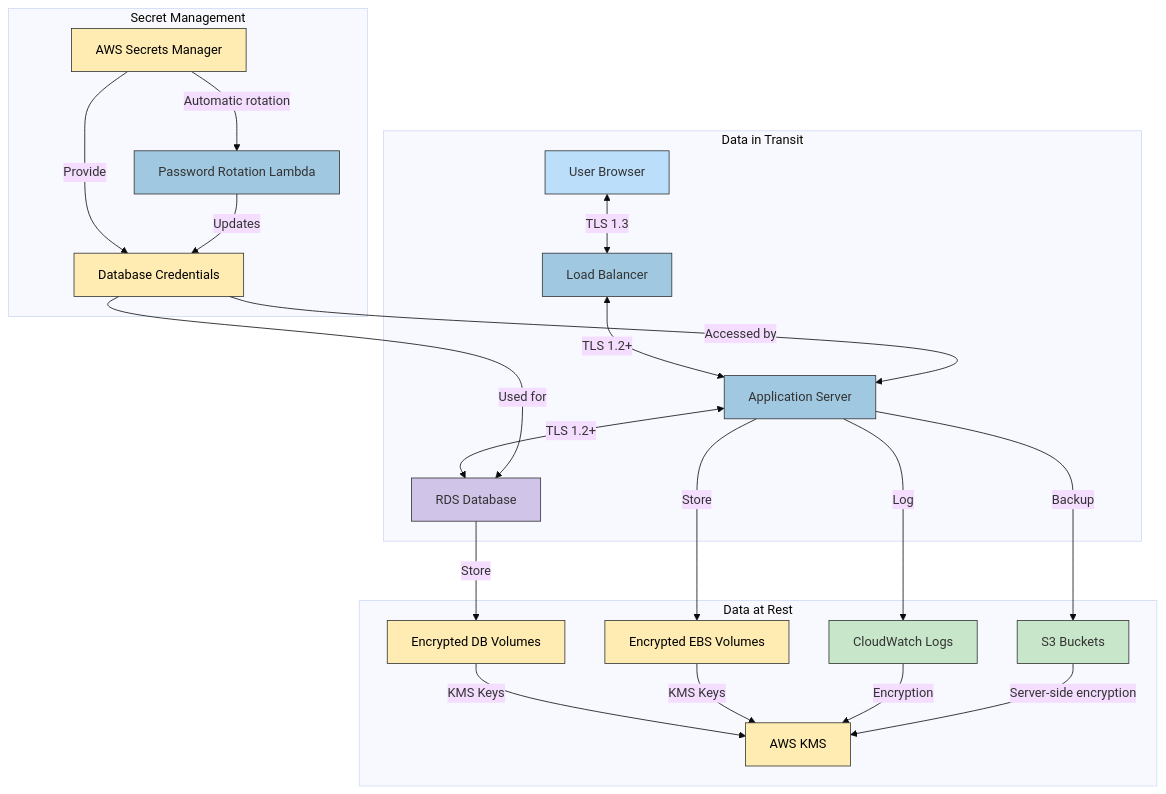
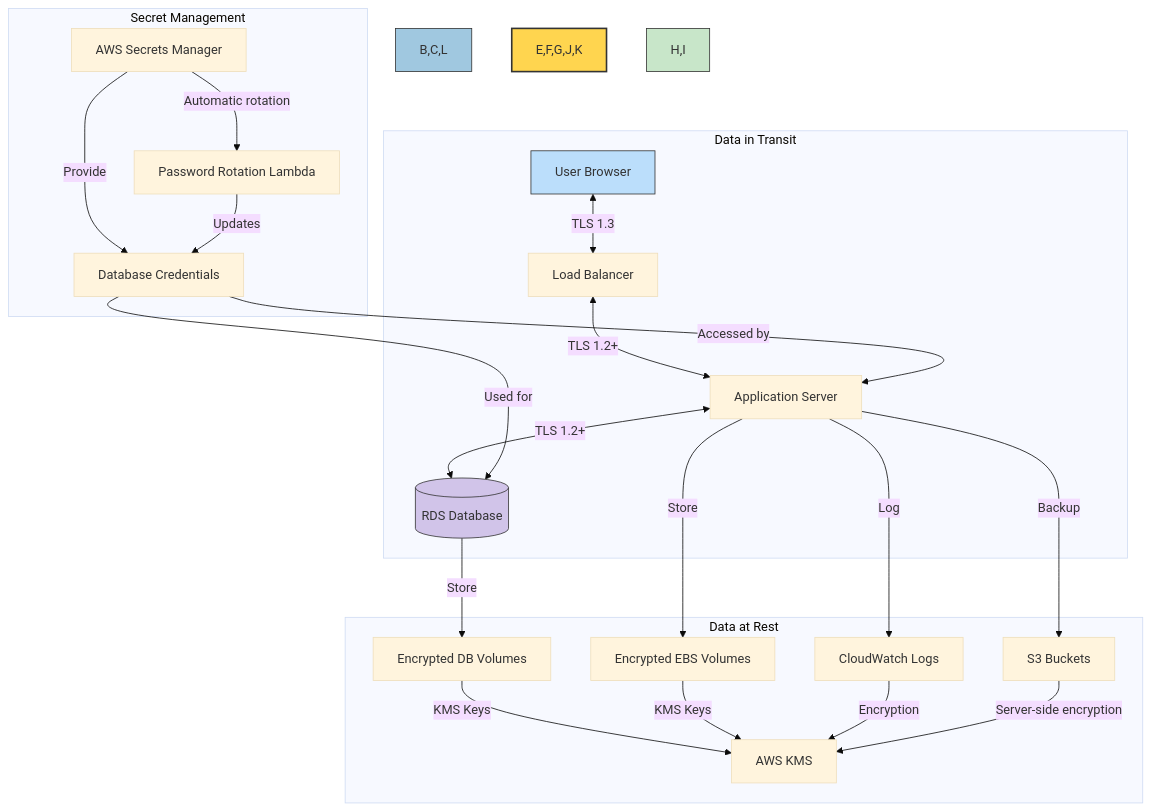
Before and after one commit to Hack23/cia: the sixth of 12 diagrams in SECURITY_ARCHITECTURE.md, drawn with Mermaid (base theme). The commit also changed other lines of this file, not shown here.

````diff
--- a/SECURITY_ARCHITECTURE.md
+++ b/SECURITY_ARCHITECTURE.md
@@ -421,43 +601,37 @@
 ```mermaid
 flowchart TD
-    classDef user fill:#bbdefb,stroke:#333,stroke-width:1px
-    classDef network fill:#a0c8e0,stroke:#333,stroke-width:1px
-    classDef database fill:#d1c4e9,stroke:#333,stroke-width:1px
-    classDef security fill:#ffecb3,stroke:#333,stroke-width:1px,color:black
-    classDef storage fill:#c8e6c9,stroke:#333,stroke-width:1px
-    
     subgraph "Data in Transit"
         A[User Browser] <-->|TLS 1.3| B[Load Balancer]
         B <-->|TLS 1.2+| C[Application Server]
-        C <-->|TLS 1.2+| D[RDS Database]
+        C <-->|TLS 1.2+| D[(RDS Database)]
     end
     
     subgraph "Data at Rest"
         D -->|Store| E[Encrypted DB Volumes]
         E -->|KMS Keys| F[AWS KMS]
         
         C -->|Store| G[Encrypted EBS Volumes]
         G -->|KMS Keys| F
         
         C -->|Log| H[CloudWatch Logs]
         H -->|Encryption| F
         
         C -->|Backup| I[S3 Buckets]
         I -->|Server-side encryption| F
     end
     
     subgraph "Secret Management"
         J[AWS Secrets Manager] -->|Provide| K[Database Credentials]
         K -->|Accessed by| C
         K -->|Used for| D
         
         J -->|Automatic rotation| L[Password Rotation Lambda]
         L -->|Updates| K
     end
     
-    class A user
-    class B,C,L network
-    class D database
-    class E,F,G,J,K security
-    class H,I storage
+    style A fill:#bbdefb,stroke:#333,stroke-width:1px
+    style B,C,L fill:#a0c8e0,stroke:#333,stroke-width:1px
+    style D fill:#d1c4e9,stroke:#333,stroke-width:1px
+    style E,F,G,J,K fill:#ffd54f,stroke:#333,stroke-width:2px
+    style H,I fill:#c8e6c9,stroke:#333,stroke-width:1px
 ```
````
